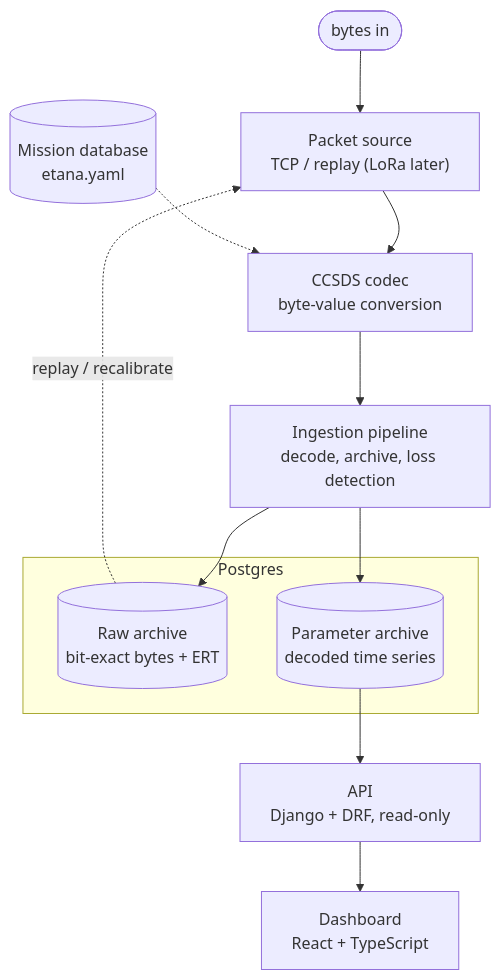
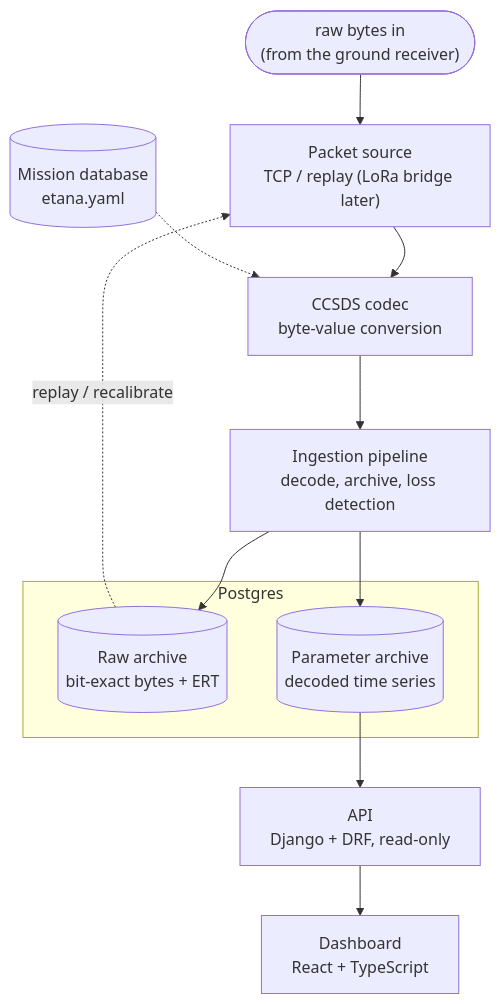
Before and after one commit to Ogmar/etana: the diagram in ground-segment/README.md, drawn with Mermaid. The commit also changed other lines of this file and 5 other files, not shown here.

First line of the commit message:
Document the ground receiver as a distinct hardware link, not a LoRa cloud

````diff
--- a/ground-segment/README.md
+++ b/ground-segment/README.md
@@ -15,17 +15,17 @@
 ```mermaid
 flowchart TD
-    BYTES(["bytes in"]) --> SRC["Packet source<br/>TCP / replay (LoRa later)"]
+    BYTES(["raw bytes in<br/>(from the ground receiver)"]) --> SRC["Packet source<br/>TCP / replay (LoRa bridge later)"]
     SRC --> CODEC["CCSDS codec<br/>byte-value conversion"]
     MDB[("Mission database<br/>etana.yaml")] -.-> CODEC
     CODEC --> PIPE["Ingestion pipeline<br/>decode, archive, loss detection"]
     PIPE --> RAW[("Raw archive<br/>bit-exact bytes + ERT")]
     PIPE --> PARAM[("Parameter archive<br/>decoded time series")]
     RAW -.->|"replay / recalibrate"| SRC
     PARAM --> API["API<br/>Django + DRF, read-only"]
     API --> DASH["Dashboard<br/>React + TypeScript"]
 
     subgraph postgres["Postgres"]
         RAW
         PARAM
     end
 ```
````
